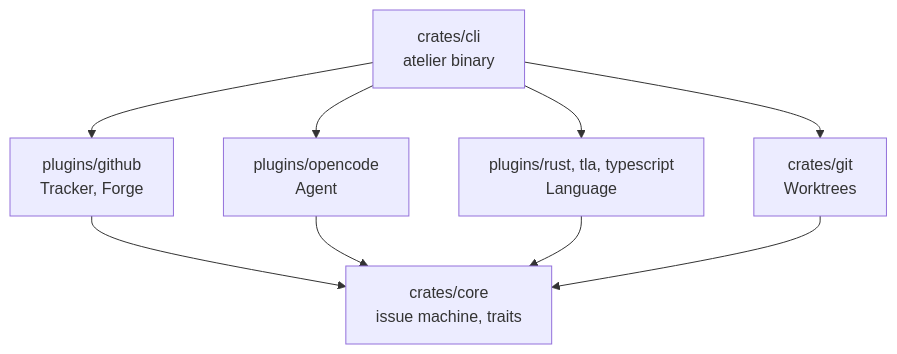
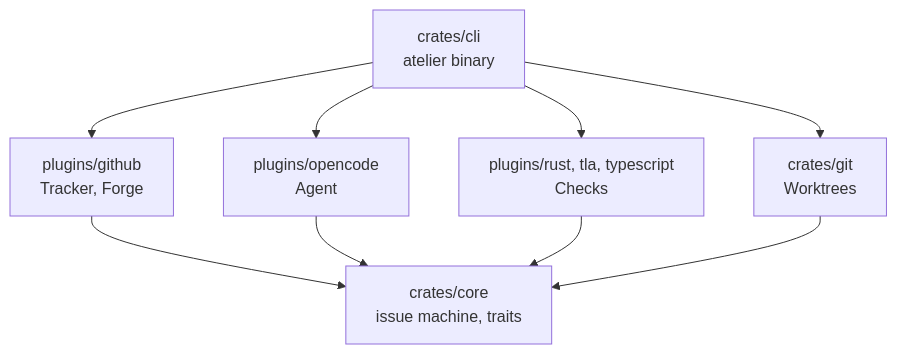
Before and after one commit to StevenJPx2/atelier: the second of 4 diagrams in README.md, drawn with Mermaid. The commit also changed other lines of this file, not shown here.

Commit message:
docs: let plugins add steps, as checks and stages, chosen per project

````diff
--- a/README.md
+++ b/README.md
@@ -52,11 +52,11 @@
 ```mermaid
 flowchart TB
     CLI["crates/cli<br/>atelier binary"] --> GitHub["plugins/github<br/>Tracker, Forge"]
     CLI --> OpenCode["plugins/opencode<br/>Agent"]
-    CLI --> Langs["plugins/rust, tla, typescript<br/>Language"]
+    CLI --> Langs["plugins/rust, tla, typescript<br/>Checks"]
     CLI --> Git["crates/git<br/>Worktrees"]
     GitHub --> Core["crates/core<br/>issue machine, traits"]
     OpenCode --> Core
     Langs --> Core
     Git --> Core
 ```
````
